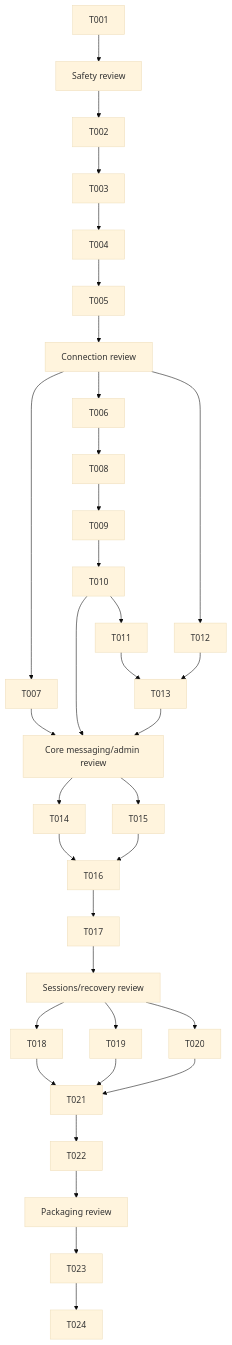
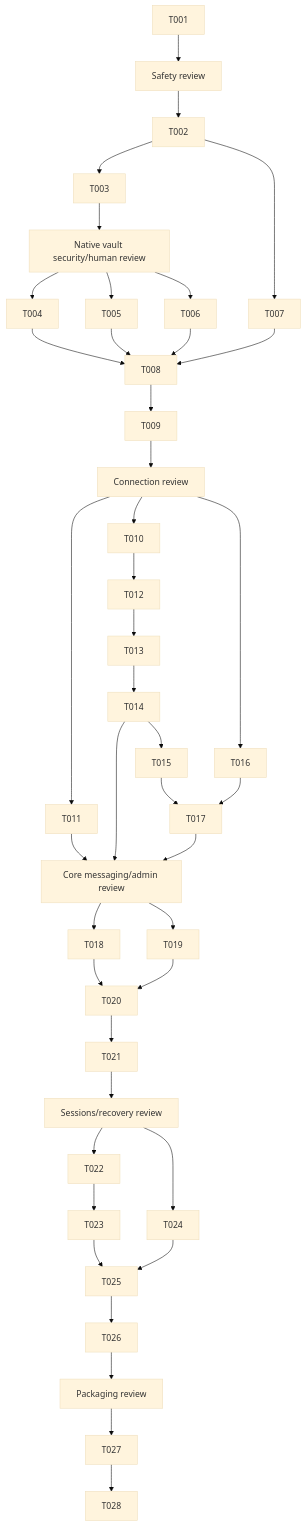
One commit to angpysha/ServiceBusExplorer changed the diagram in specs/001-safe-servicebus-mvp/tasks.md. Above: the diagram before and after it, drawn with Mermaid (base theme). The commit also changed other lines of this file and 10 other files, not shown here.

````diff
--- a/specs/001-safe-servicebus-mvp/tasks.md
+++ b/specs/001-safe-servicebus-mvp/tasks.md
@@ -149,26 +159,34 @@
 ```mermaid
 flowchart TD
   T001 --> R1[Safety review]
-  R1 --> T002 --> T003 --> T004 --> T005 --> R2[Connection review]
-  R2 --> T006
-  R2 --> T007
-  T006 --> T008 --> T009 --> T010
-  T010 --> T011
-  R2 --> T012
-  T011 --> T013
-  T012 --> T013
-  T007 --> R3[Core messaging/admin review]
-  T010 --> R3
-  T013 --> R3
-  R3 --> T014
-  R3 --> T015
-  T014 --> T016
-  T015 --> T016 --> T017 --> R4[Sessions/recovery review]
-  R4 --> T018
-  R4 --> T019
-  R4 --> T020
-  T018 --> T021
-  T019 --> T021
-  T020 --> T021 --> T022 --> R5[Packaging review]
-  R5 --> T023 --> T024
+  R1 --> T002
+  T002 --> T003 --> RV[Native vault security/human review]
+  RV --> T004
+  RV --> T005
+  RV --> T006
+  T002 --> T007
+  T004 --> T008
+  T005 --> T008
+  T006 --> T008
+  T007 --> T008 --> T009 --> R2[Connection review]
+  R2 --> T010
+  R2 --> T011
+  T010 --> T012 --> T013 --> T014
+  T014 --> T015
+  R2 --> T016
+  T015 --> T017
+  T016 --> T017
+  T011 --> R3[Core messaging/admin review]
+  T014 --> R3
+  T017 --> R3
+  R3 --> T018
+  R3 --> T019
+  T018 --> T020
+  T019 --> T020 --> T021 --> R4[Sessions/recovery review]
+  R4 --> T022
+  T022 --> T023
+  R4 --> T024
+  T023 --> T025
+  T024 --> T025 --> T026 --> R5[Packaging review]
+  R5 --> T027 --> T028
 ```
````
